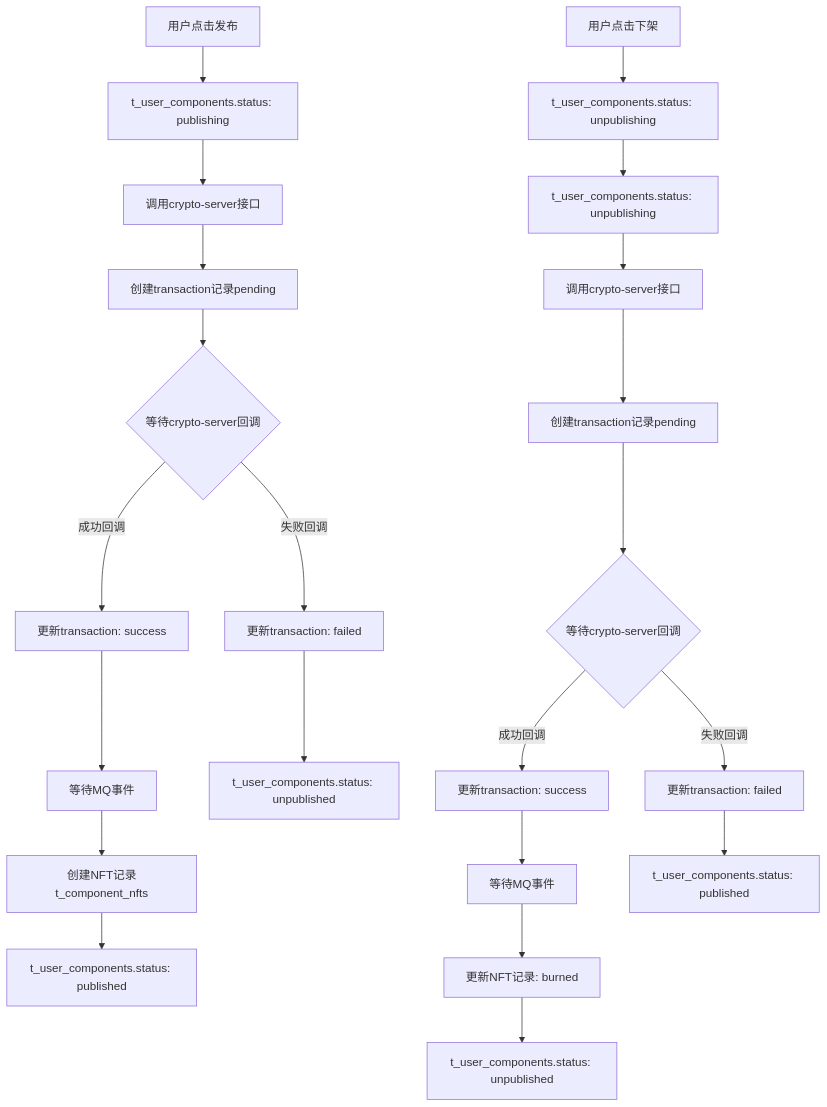
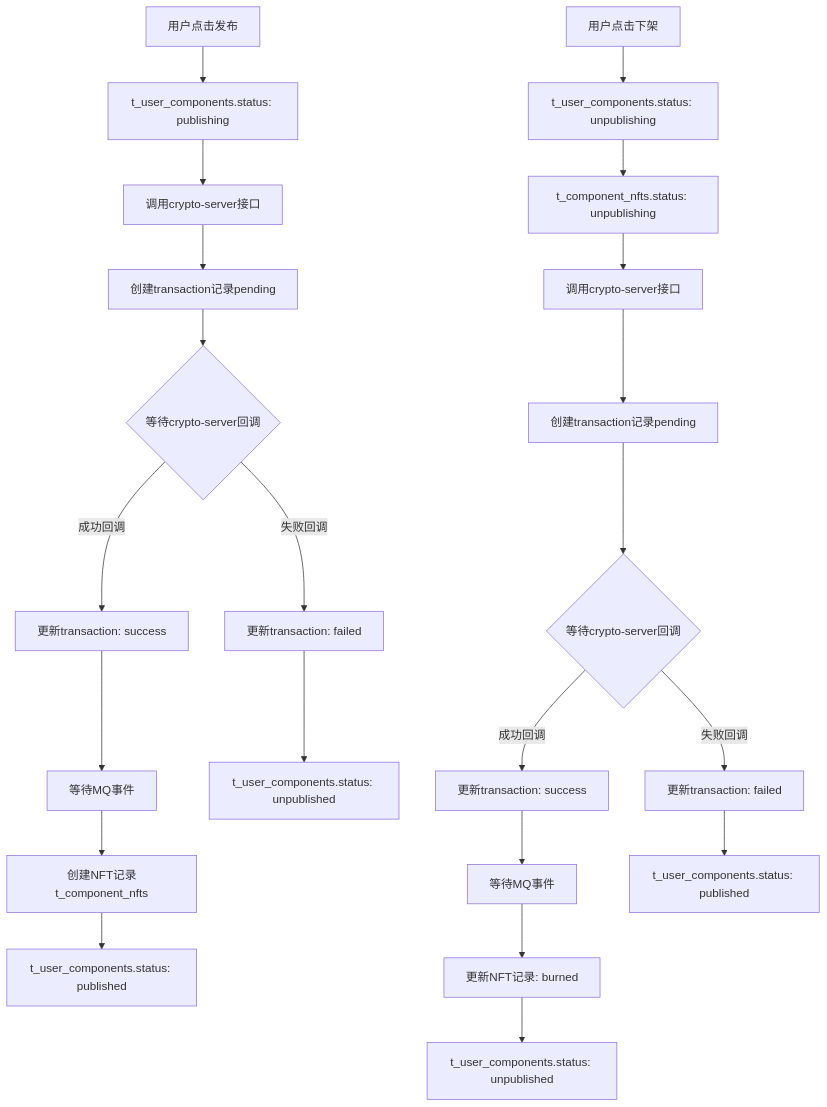
One commit to yingjianzh/iodraw-files changed the diagram in all/未命名-74.md. Above: the diagram before and after it, drawn with Mermaid.

Commit message:
2025-07-07 15:54:01 update

````diff
--- a/all/未命名-74.md
+++ b/all/未命名-74.md
@@ -1,31 +1,31 @@
 ```mermaid
 
 graph TD
     A[用户点击发布] --> B[t_user_components.status: publishing]
     B --> C[调用crypto-server接口]
     C --> D[创建transaction记录pending]
     D --> E{等待crypto-server回调}
     
     E -->|成功回调| F[更新transaction: success]
     F --> G[等待MQ事件]
     G --> H[创建NFT记录t_component_nfts]
     H --> I[t_user_components.status: published]
     
     E -->|失败回调| J[更新transaction: failed]
     J --> K[t_user_components.status: unpublished]
     
     L[用户点击下架] --> M[t_user_components.status: unpublishing]
-    M --> M1[t_user_components.status: unpublishing]
+    M --> M1[t_component_nfts.status: unpublishing]
     M1 --> N[调用crypto-server接口]
     N --> O[创建transaction记录pending]
     O --> P{等待crypto-server回调}
     
     P -->|成功回调| Q[更新transaction: success]
     Q --> R[等待MQ事件]
     R --> S[更新NFT记录: burned]
     S --> T[t_user_components.status: unpublished]
     
     P -->|失败回调| U[更新transaction: failed]
     U --> V[t_user_components.status: published]
 
 ```
````
